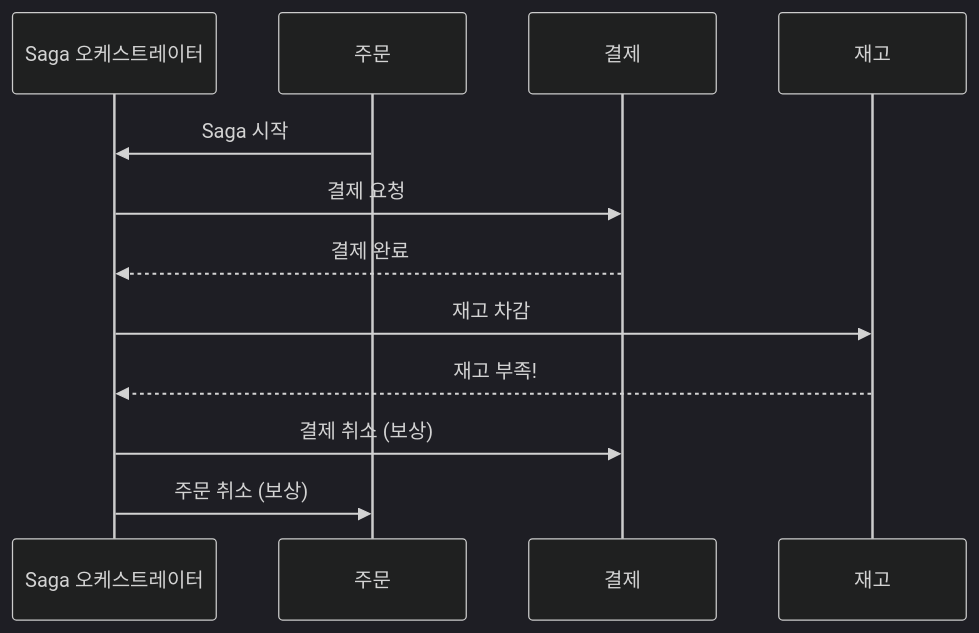
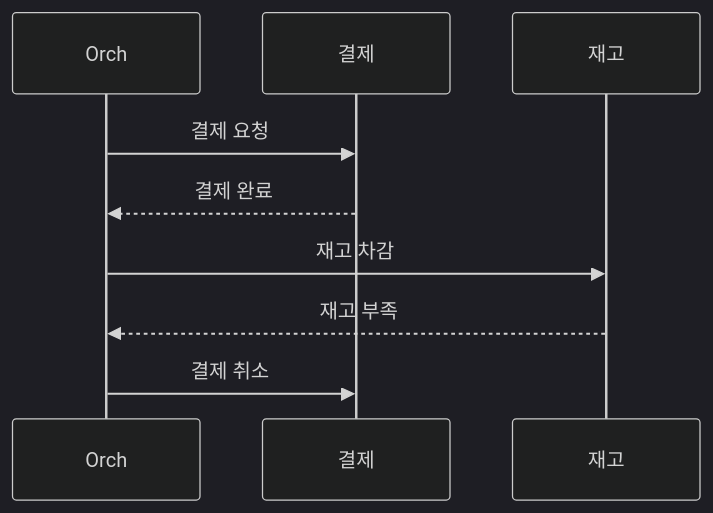
One commit to yjkim2015/yjkim2015.github.io changed the seventh of 14 diagrams in _posts/architecture/2026-05-02-distributed-transaction-deep.md. Above: the diagram before and after it, drawn with Mermaid (dark theme). The commit also changed other lines of this file and 155 other files, not shown here.

First line of the commit message:
Mermaid 전면 수정: subgraph 제거, participant/노드/줄수 축소 (342블록)

````diff
--- a/_posts/architecture/2026-05-02-distributed-transaction-deep.md
+++ b/_posts/architecture/2026-05-02-distributed-transaction-deep.md
@@ -189,14 +188,11 @@
 ```mermaid
 sequenceDiagram
-    participant Orch as Saga 오케스트레이터
-    participant OS as 주문
+    participant Orch as Orch
     participant PS as 결제
     participant IS as 재고
-    OS->>Orch: Saga 시작
     Orch->>PS: 결제 요청
     PS-->>Orch: 결제 완료
     Orch->>IS: 재고 차감
-    IS-->>Orch: 재고 부족!
-    Orch->>PS: 결제 취소 (보상)
-    Orch->>OS: 주문 취소 (보상)
+    IS-->>Orch: 재고 부족
+    Orch->>PS: 결제 취소
 ```
````
